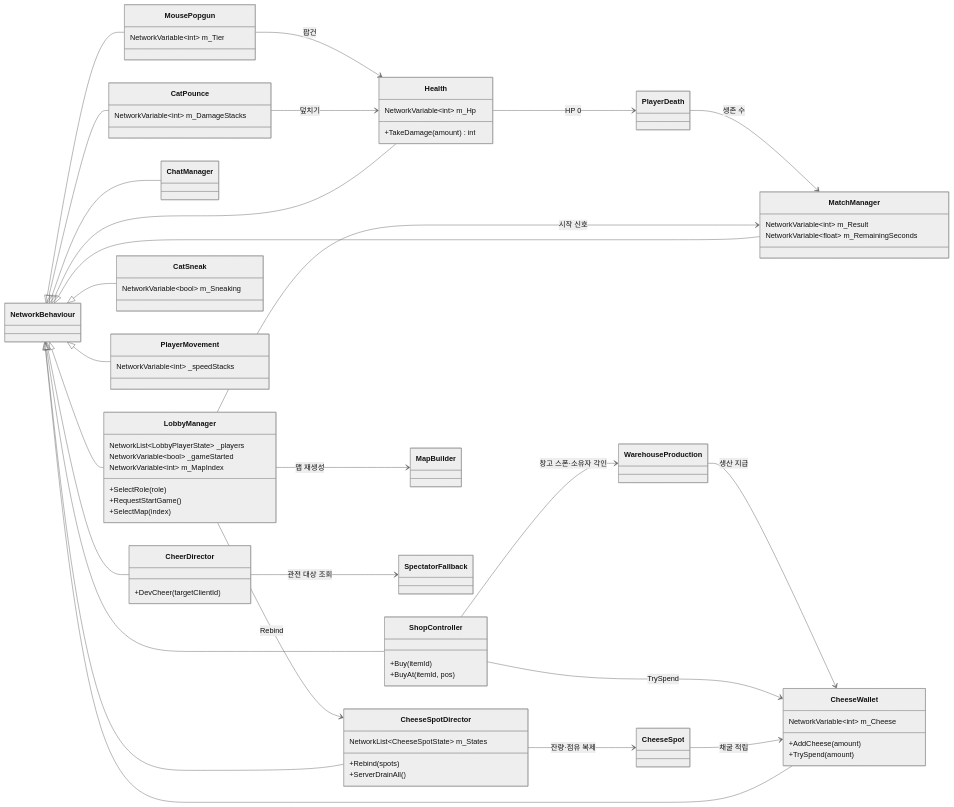
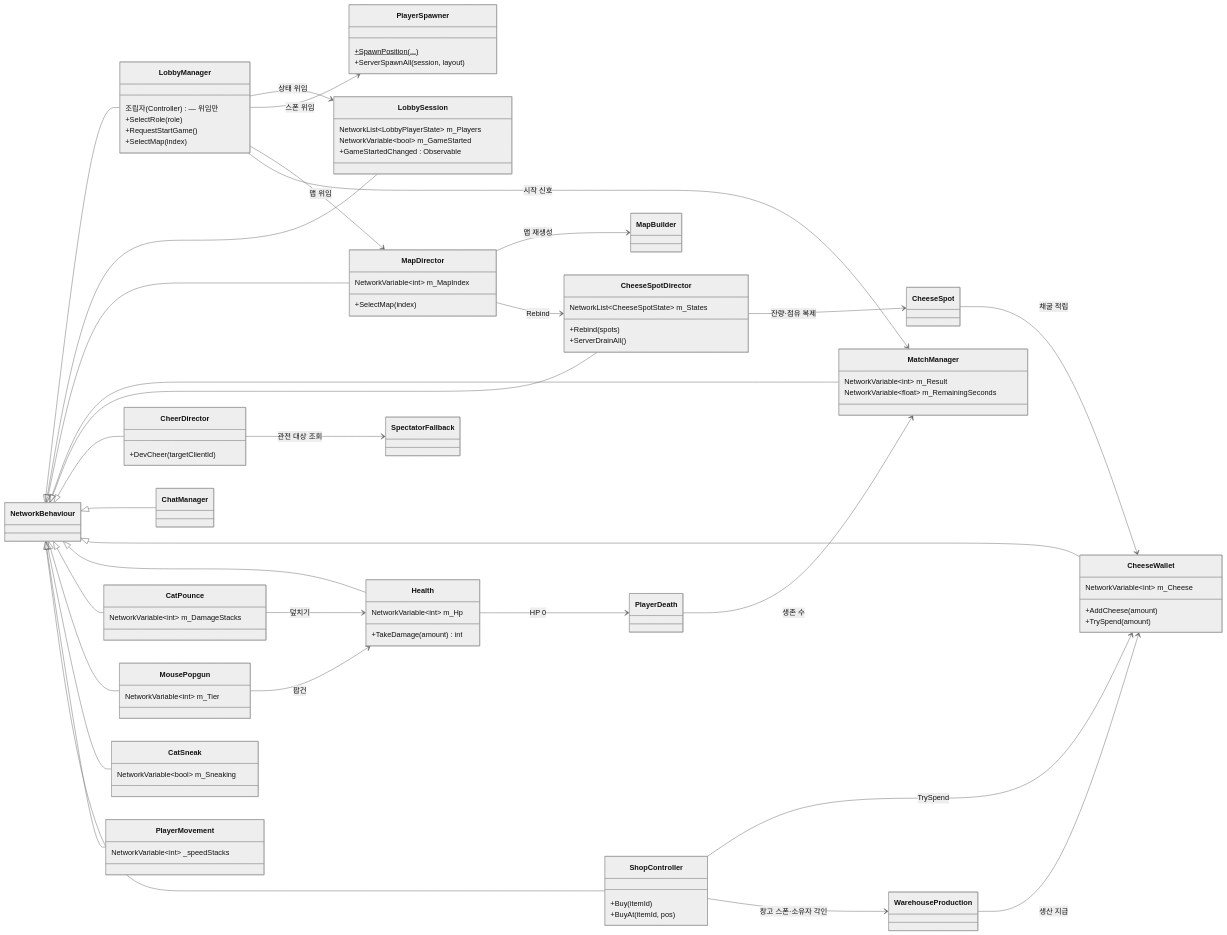
Before and after one commit to JeahanPark/The-Cheese-Thief-and-the-Cat: the second of 6 diagrams in CTC/docs/design-vault/코드 다이어그램.md, drawn with Mermaid (neutral theme). The commit also changed other lines of this file and 1 other file, not shown here.

Commit message:
docs: 코드 개편 완료 기록 — 계획서·다이어그램 현행화 (규칙 8)
계획서: 6단계 전부 완료 표(커밋 해시 포함) + 계획과 달라진 2가지
(partial 분할 선택, CTC.Testing.asmdef 철회 사유) + 남은 것 3가지.

다이어그램: LobbyManager 분해 반영(LobbySession/PlayerSpawner/MapDirector),
MVC 데이터 흐름 절 신설, HUD 폴링 주석을 구독 완료로 갱신.

```diff
--- a/CTC/docs/design-vault/코드 다이어그램.md
+++ b/CTC/docs/design-vault/코드 다이어그램.md
@@ -55,11 +55,22 @@
     direction LR
 
     class LobbyManager {
-        NetworkList~LobbyPlayerState~ _players
-        NetworkVariable~bool~ _gameStarted
-        NetworkVariable~int~ m_MapIndex
+        조립자(Controller) — 위임만
         +SelectRole(role)
         +RequestStartGame()
+        +SelectMap(index)
+    }
+    class LobbySession {
+        NetworkList~LobbyPlayerState~ m_Players
+        NetworkVariable~bool~ m_GameStarted
+        +GameStartedChanged : Observable
+    }
+    class PlayerSpawner {
+        +SpawnPosition(...)$
+        +ServerSpawnAll(session, layout)
+    }
+    class MapDirector {
+        NetworkVariable~int~ m_MapIndex
         +SelectMap(index)
     }
     class MatchManager {
@@ -103,6 +114,11 @@
     }
 
     NetworkBehaviour <|-- LobbyManager
+    NetworkBehaviour <|-- LobbySession
+    NetworkBehaviour <|-- MapDirector
+    LobbyManager --> LobbySession : 상태 위임
+    LobbyManager --> PlayerSpawner : 스폰 위임
+    LobbyManager --> MapDirector : 맵 위임
     NetworkBehaviour <|-- MatchManager
     NetworkBehaviour <|-- CheeseSpotDirector
     NetworkBehaviour <|-- CheerDirector
@@ -116,8 +132,8 @@
     NetworkBehaviour <|-- ShopController
 
     LobbyManager --> MatchManager : 시작 신호
-    LobbyManager --> MapBuilder : 맵 재생성
-    LobbyManager --> CheeseSpotDirector : Rebind
+    MapDirector --> MapBuilder : 맵 재생성
+    MapDirector --> CheeseSpotDirector : Rebind
     CheeseSpotDirector --> CheeseSpot : 잔량·점유 복제
     CheeseSpot --> CheeseWallet : 채굴 적립
     ShopController --> CheeseWallet : TrySpend
```
